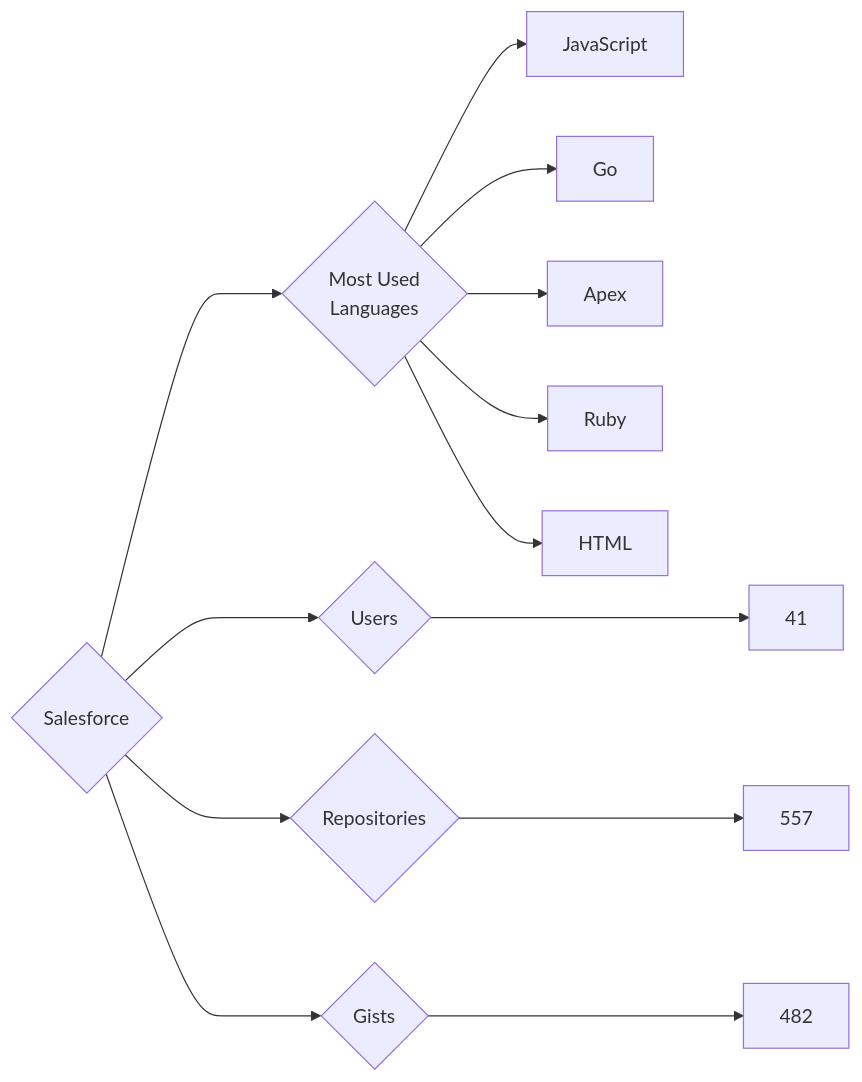
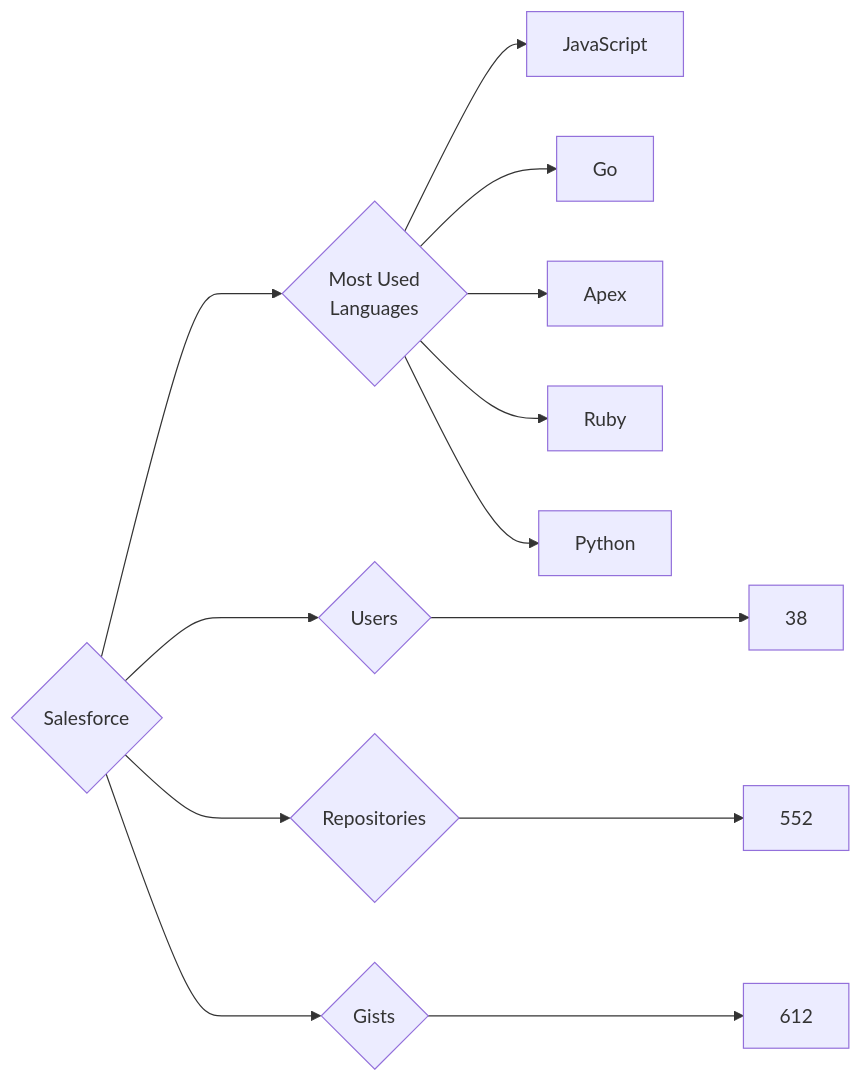
One commit to trickest/insiders changed the diagram in targets/Salesforce/README.md. Above: the diagram before and after it, drawn with Mermaid. The commit also changed 860 other files, not shown here.

````diff
--- a/targets/Salesforce/README.md
+++ b/targets/Salesforce/README.md
@@ -3,13 +3,13 @@
 ```mermaid
 graph LR
 COMPANY_NAME{Salesforce}
-COMPANY_NAME ---> U{Users} ---> UN[41]
-COMPANY_NAME ---> R{Repositories} ---> RN[557]
-COMPANY_NAME ---> G{Gists} ---> GN[482]
+COMPANY_NAME ---> U{Users} ---> UN[38]
+COMPANY_NAME ---> R{Repositories} ---> RN[552]
+COMPANY_NAME ---> G{Gists} ---> GN[612]
 COMPANY_NAME ---> ML{Most Used<br>Languages}
 ML --> JavaScript[JavaScript]
 ML --> Go[Go]
 ML --> Apex[Apex]
 ML --> Ruby[Ruby]
-ML --> HTML[HTML]
+ML --> Python[Python]
 ```
````
